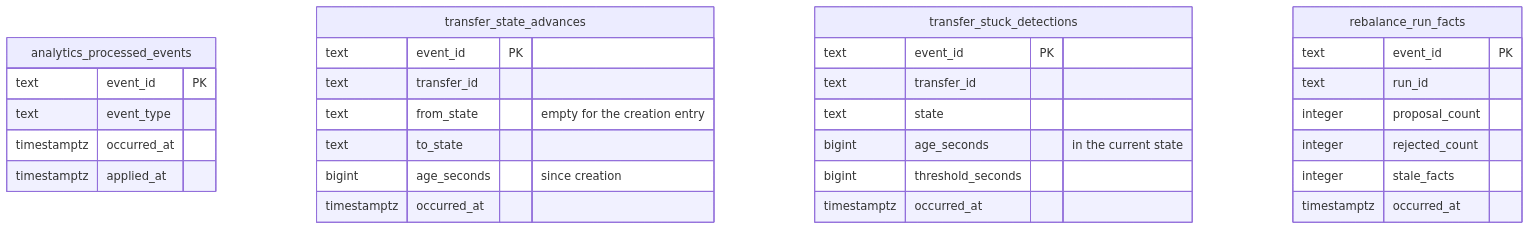
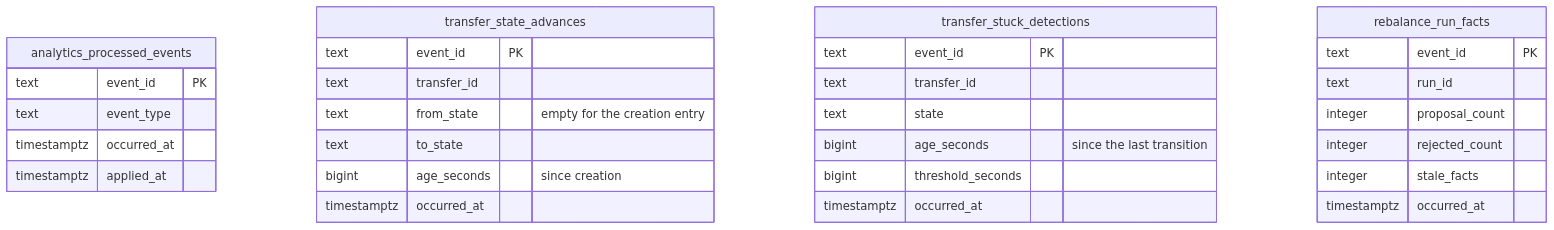
Before and after one commit to IQVO/warehouse-docs: the second of 2 diagrams in docs/contexts/network-inventory-planning/entity-relationship.md, drawn with Mermaid. The commit also changed other lines of this file and 115 other files, not shown here.

````diff
--- a/docs/contexts/network-inventory-planning/entity-relationship.md
+++ b/docs/contexts/network-inventory-planning/entity-relationship.md
@@ -146,33 +148,33 @@
 ```mermaid
 erDiagram
   analytics_processed_events {
     text event_id PK
     text event_type
     timestamptz occurred_at
     timestamptz applied_at
   }
   transfer_state_advances {
     text event_id PK
     text transfer_id
     text from_state "empty for the creation entry"
     text to_state
     bigint age_seconds "since creation"
     timestamptz occurred_at
   }
   transfer_stuck_detections {
     text event_id PK
     text transfer_id
     text state
-    bigint age_seconds "in the current state"
+    bigint age_seconds "since the last transition"
     bigint threshold_seconds
     timestamptz occurred_at
   }
   rebalance_run_facts {
     text event_id PK
     text run_id
     integer proposal_count
     integer rejected_count
     integer stale_facts
     timestamptz occurred_at
   }
 ```
````
